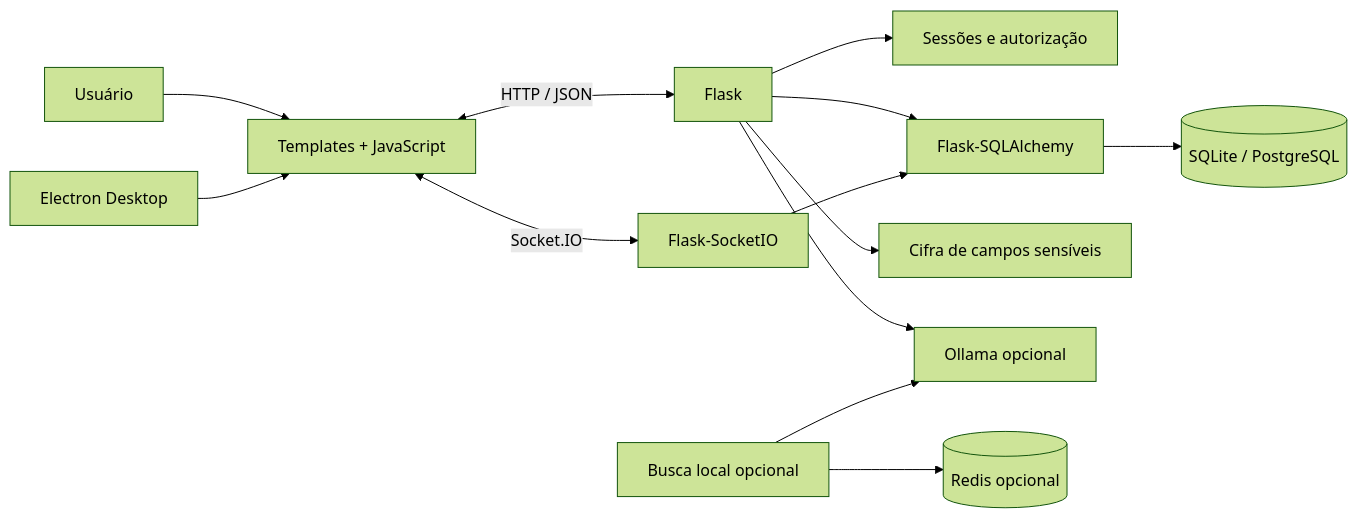
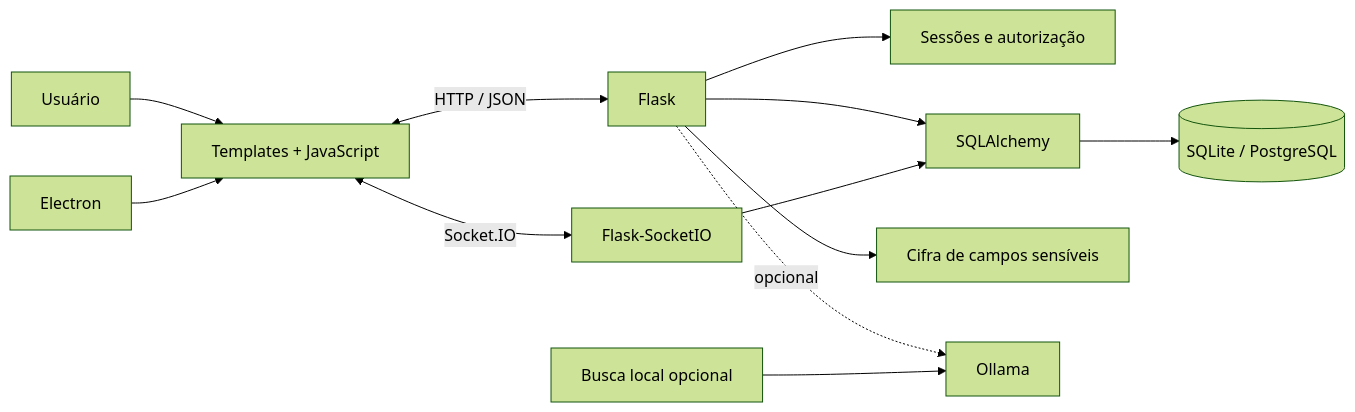
The diagram in README.md (Mayconxzdev/HelpDesk), drawn with Mermaid (forest theme) before and after one commit. The commit also changed other lines of this file and 1 other file, not shown here.

First line of the commit message:
Align HelpDesk evidence and current Portal naming

````diff
--- a/README.md
+++ b/README.md
@@ -143,15 +56,14 @@
 ```mermaid
 flowchart LR
     U[Usuário] --> WEB[Templates + JavaScript]
-    DESK[Electron Desktop] --> WEB
+    DESK[Electron] --> WEB
     WEB <-->|HTTP / JSON| API[Flask]
     WEB <-->|Socket.IO| RT[Flask-SocketIO]
     API --> AUTH[Sessões e autorização]
-    API --> ORM[Flask-SQLAlchemy]
+    API --> ORM[SQLAlchemy]
     RT --> ORM
     ORM --> DB[(SQLite / PostgreSQL)]
     API --> VAULT[Cifra de campos sensíveis]
-    API --> OLLAMA[Ollama opcional]
+    API -. opcional .-> OLLAMA[Ollama]
     RAG[Busca local opcional] --> OLLAMA
-    RAG --> REDIS[(Redis opcional)]
 ```
````
